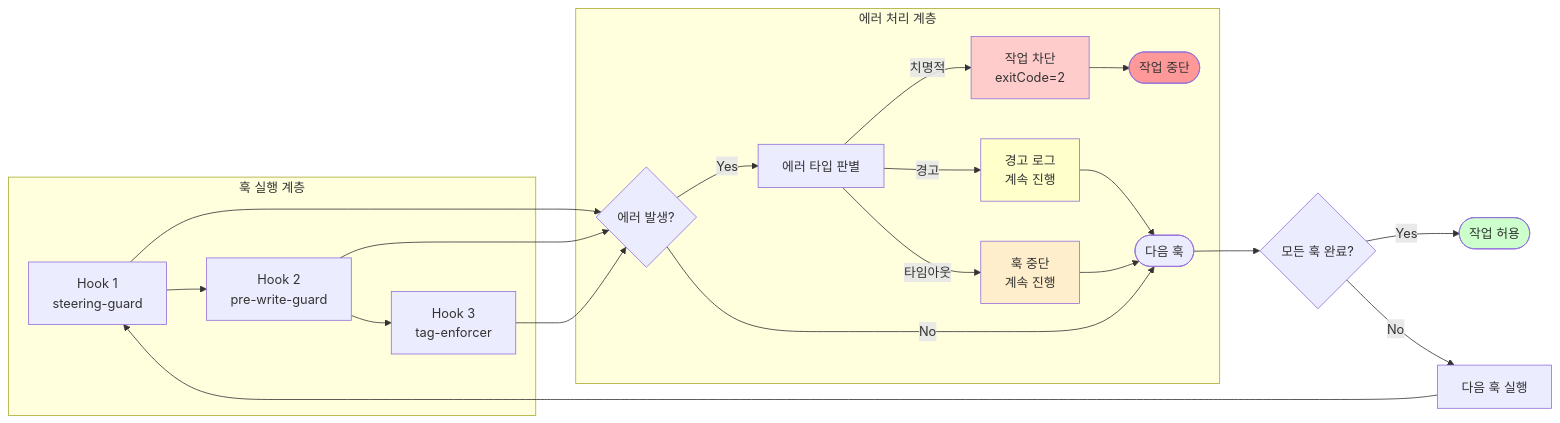
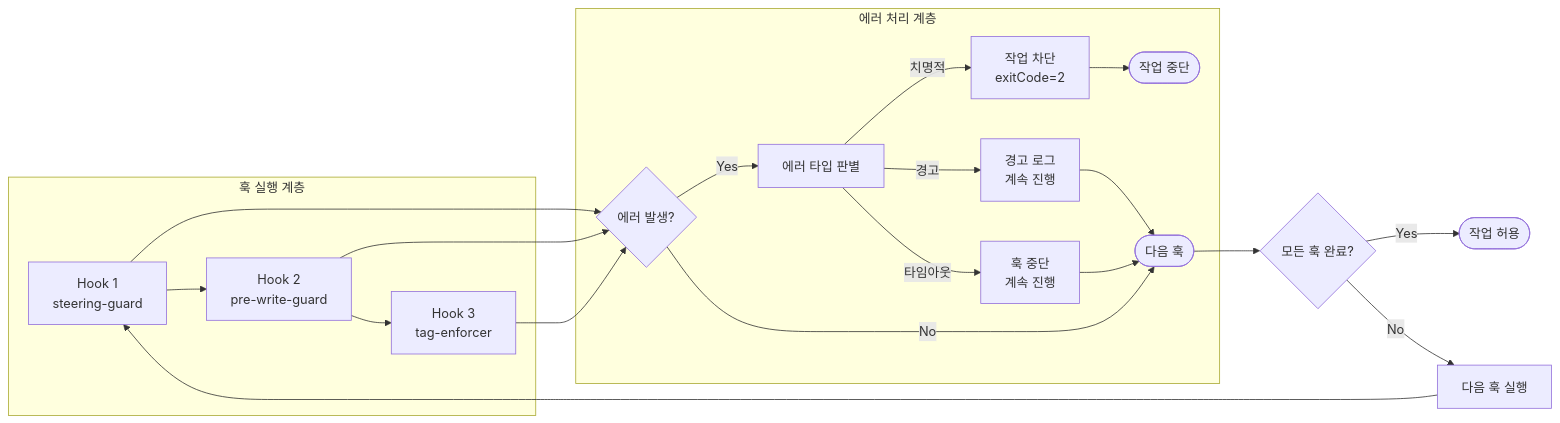
One commit to modu-ai/moai-adk changed the fourth of 4 diagrams in docs/claude/hooks-detailed.md. Above: the diagram before and after it, drawn with Mermaid. The commit also changed 299 other files, not shown here.

First line of the commit message:
🎨 feat: Mermaid 다크/라이트 테마 대응 + trust-checker 통합

````diff
--- a/docs/claude/hooks-detailed.md
+++ b/docs/claude/hooks-detailed.md
@@ -1864,34 +1864,29 @@
 ```mermaid
 flowchart LR
     subgraph "훅 실행 계층"
         H1[Hook 1<br/>steering-guard] --> H2[Hook 2<br/>pre-write-guard]
         H2 --> H3[Hook 3<br/>tag-enforcer]
     end
 
     subgraph "에러 처리 계층"
         E1{에러 발생?} --> |Yes| E2[에러 타입 판별]
         E2 --> |치명적| E3[작업 차단<br/>exitCode=2]
         E2 --> |경고| E4[경고 로그<br/>계속 진행]
         E2 --> |타임아웃| E5[훅 중단<br/>계속 진행]
 
         E3 --> Stop([작업 중단])
         E4 --> Continue([다음 훅])
         E5 --> Continue
         E1 --> |No| Continue
     end
 
     H1 --> E1
     H2 --> E1
     H3 --> E1
 
     Continue --> Result{모든 훅 완료?}
     Result --> |Yes| Success([작업 허용])
     Result --> |No| NextHook[다음 훅 실행]
     NextHook --> H1
 
-    style E3 fill:#ffcccc
-    style E4 fill:#ffffcc
-    style E5 fill:#ffeecc
-    style Success fill:#ccffcc
-    style Stop fill:#ff9999
 ```
````
